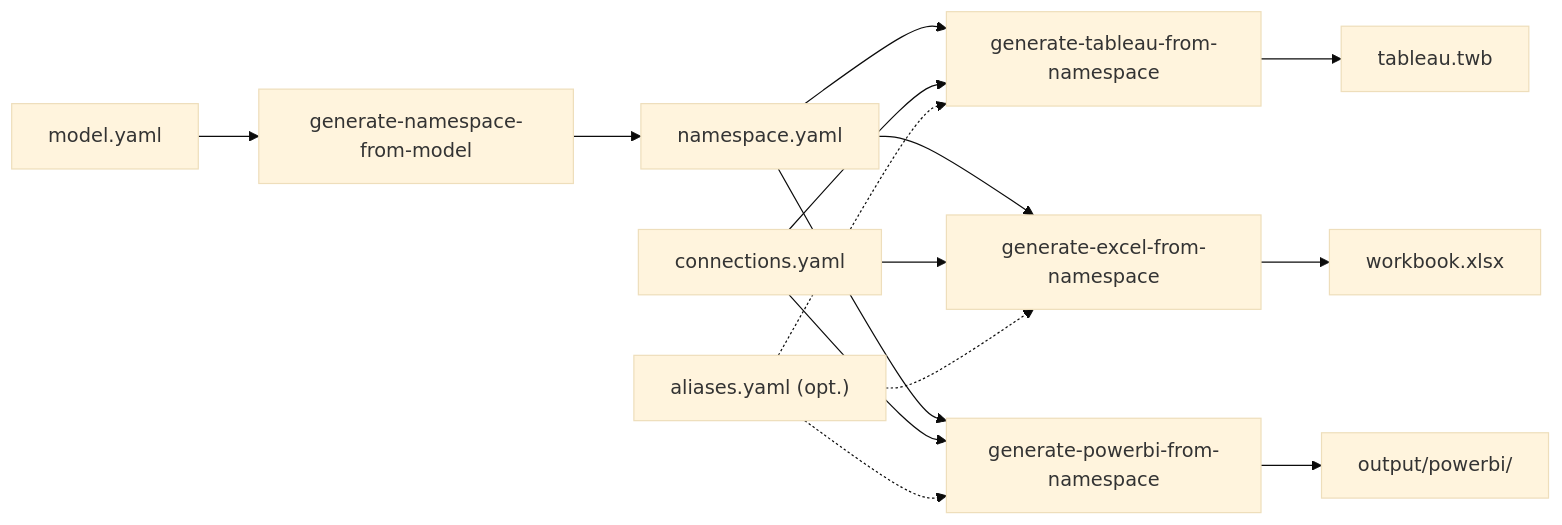
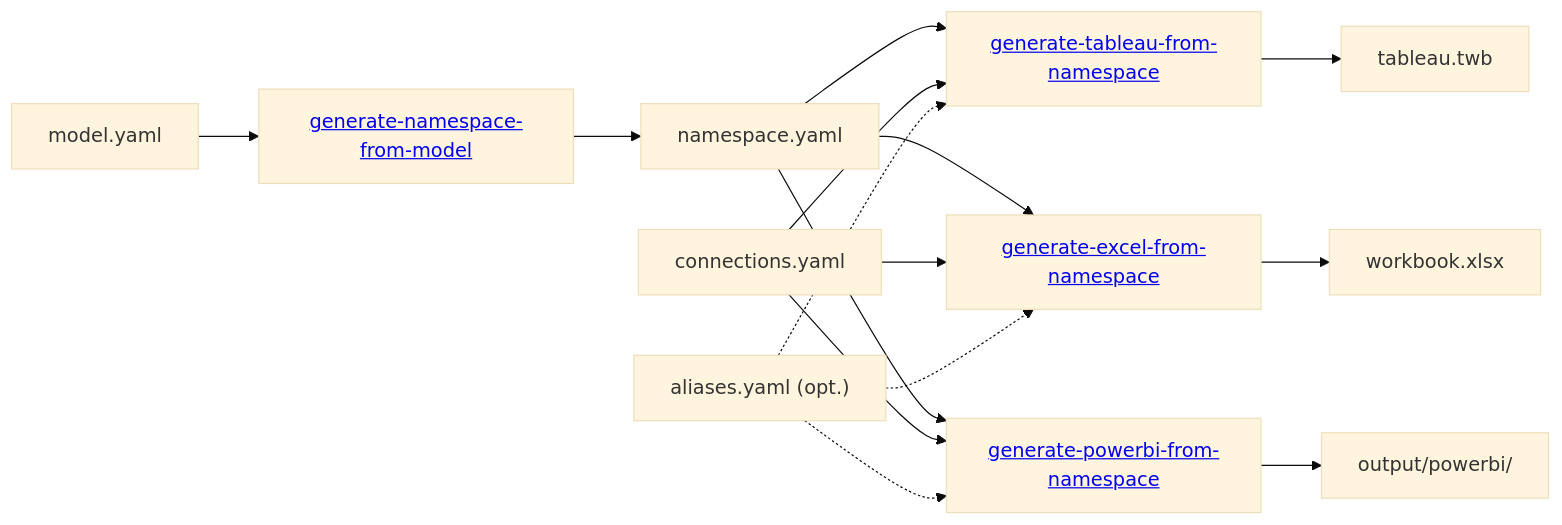
The fourth of 6 diagrams in README.md (AtScaleInc/ps-utils), drawn with Mermaid (base theme) before and after one commit. The commit also changed other lines of this file and 34 other files, not shown here.

````diff
--- a/README.md
+++ b/README.md
@@ -78,13 +60,10 @@
 ```mermaid
+%%{init: {"flowchart": {"htmlLabels": true}} }%%
 flowchart LR
-    MODEL["model.yaml"] --> A["generate-namespace-from-model"] --> NS["namespace.yaml"]
-    NS --> B["generate-tableau-from-namespace"] --> TWB["tableau.twb"]
-    NS --> C["generate-excel-from-namespace"] --> XLSX["workbook.xlsx"]
-    NS --> D["generate-powerbi-from-namespace"] --> PBI["output/powerbi/"]
+    MODEL["model.yaml"] --> A["<a href='#generate-namespace-from-model'>generate-namespace-from-model</a>"] --> NS["namespace.yaml"]
+    NS --> B["<a href='#generate-tableau-from-namespace'>generate-tableau-from-namespace</a>"] --> TWB["tableau.twb"]
+    NS --> C["<a href='#generate-excel-from-namespace'>generate-excel-from-namespace</a>"] --> XLSX["workbook.xlsx"]
+    NS --> D["<a href='#generate-powerbi-from-namespace'>generate-powerbi-from-namespace</a>"] --> PBI["output/powerbi/"]
     CONN["connections.yaml"] --> B & C & D
     ALIASES["aliases.yaml (opt.)"] -.-> B & C & D
-    click A href "#generate-namespace-from-model"
-    click B href "#generate-tableau-from-namespace"
-    click C href "#generate-excel-from-namespace"
-    click D href "#generate-powerbi-from-namespace"
 ```
````
